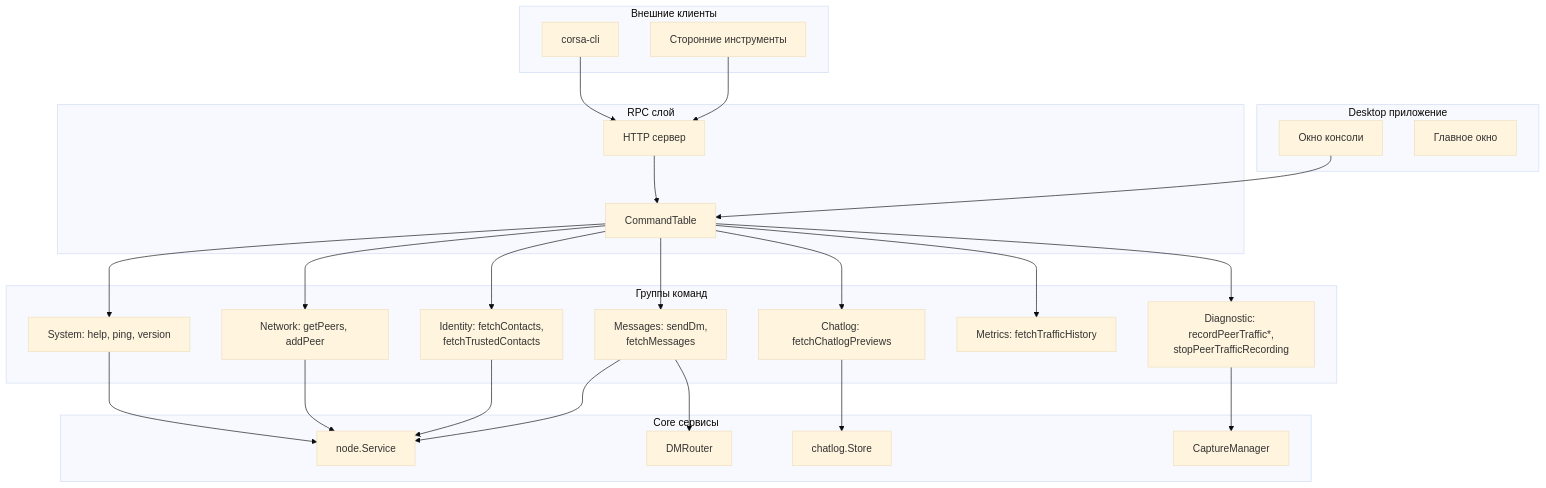
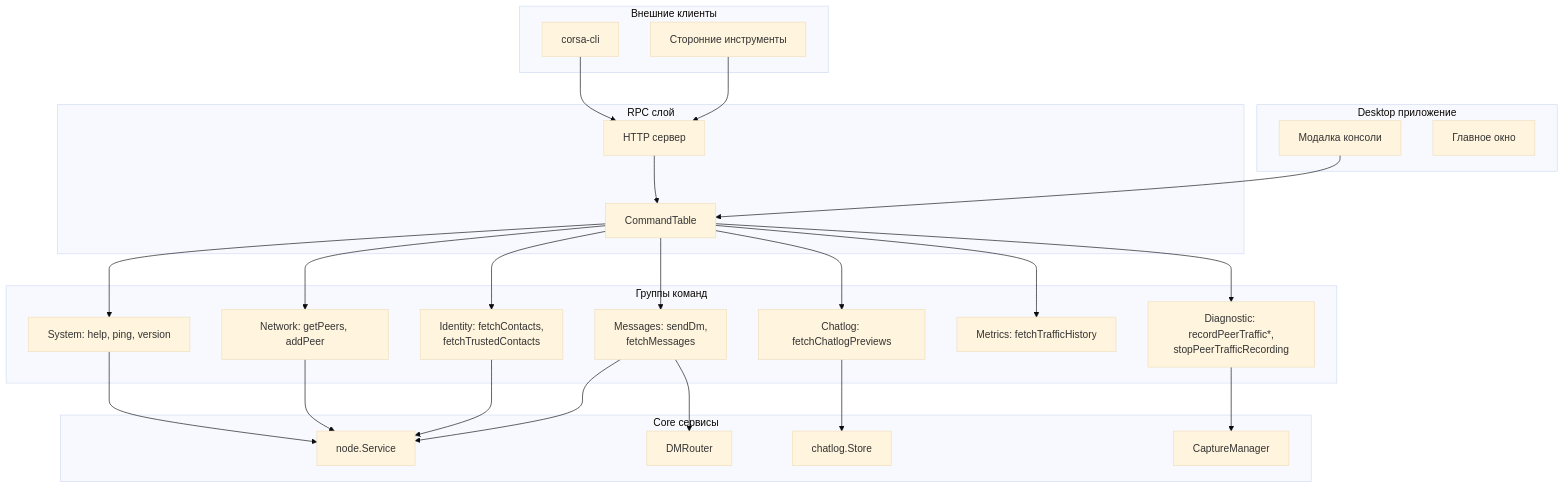
One commit to piratecash/corsa changed the tenth of 10 diagrams in docs/ui.md. Above: the diagram before and after it, drawn with Mermaid (base theme). The commit also changed other lines of this file and 34 other files, not shown here.

````diff
--- a/docs/ui.md
+++ b/docs/ui.md
@@ -845,53 +1170,53 @@
 ```mermaid
 flowchart TD
     subgraph External["Внешние клиенты"]
         CLI[corsa-cli]
         API[Сторонние инструменты]
     end
 
     subgraph Desktop["Desktop приложение"]
-        CON[Окно консоли]
+        CON[Модалка консоли]
         WIN[Главное окно]
     end
 
     subgraph RPC["RPC слой"]
         HTTP[HTTP сервер]
         CMD[CommandTable]
     end
 
     subgraph Commands["Группы команд"]
         SYS[System: help, ping, version]
         NET[Network: getPeers, addPeer]
         ID[Identity: fetchContacts,<br/>fetchTrustedContacts]
         MSG[Messages: sendDm,<br/>fetchMessages]
         CHAT[Chatlog: fetchChatlogPreviews]
         METRICS[Metrics: fetchTrafficHistory]
         DIAG[Diagnostic: recordPeerTraffic*,<br/>stopPeerTrafficRecording]
     end
 
     subgraph Core["Core сервисы"]
         NODE[node.Service]
         ROUTER[DMRouter]
         CHATLOG[chatlog.Store]
         CAP[CaptureManager]
     end
 
     CLI --> HTTP
     API --> HTTP
     HTTP --> CMD
     CON --> CMD
     CMD --> SYS
     CMD --> NET
     CMD --> ID
     CMD --> MSG
     CMD --> CHAT
     CMD --> METRICS
     CMD --> DIAG
     SYS --> NODE
     NET --> NODE
     ID --> NODE
     MSG --> NODE
     MSG --> ROUTER
     CHAT --> CHATLOG
     DIAG --> CAP
 ```
````
